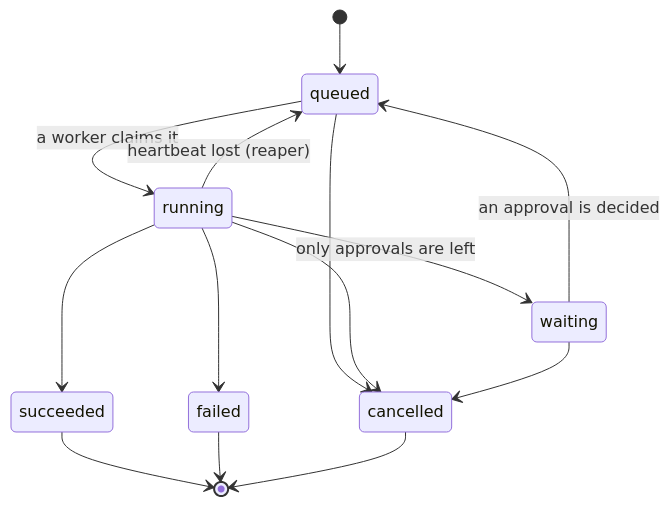
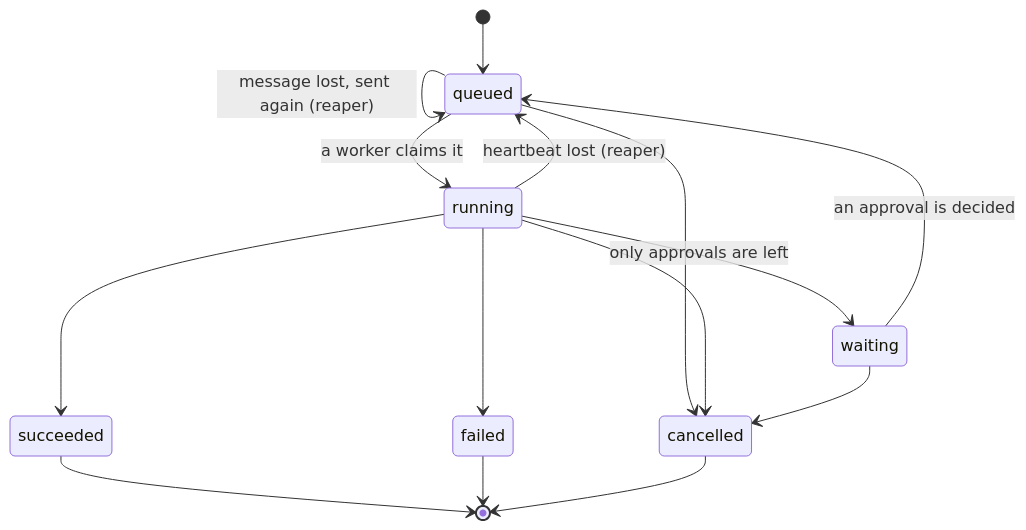
The second of 2 diagrams in docs/architecture/data-model.md (euron-sde-team/euron-agent-studio), drawn with Mermaid before and after one commit. The commit also changed other lines of this file and 2 other files, not shown here.

Commit message:
docs: describe lost-message recovery for queued runs

````diff
--- a/docs/architecture/data-model.md
+++ b/docs/architecture/data-model.md
@@ -189,16 +191,17 @@
 ```mermaid
 stateDiagram-v2
   [*] --> queued
   queued --> running: a worker claims it
   running --> waiting: only approvals are left
   waiting --> queued: an approval is decided
   running --> queued: heartbeat lost (reaper)
+  queued --> queued: message lost, sent again (reaper)
   running --> succeeded
   running --> failed
   queued --> cancelled
   running --> cancelled
   waiting --> cancelled
   succeeded --> [*]
   failed --> [*]
   cancelled --> [*]
 ```
````
